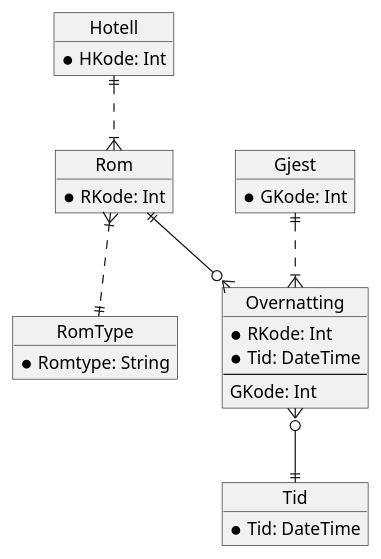
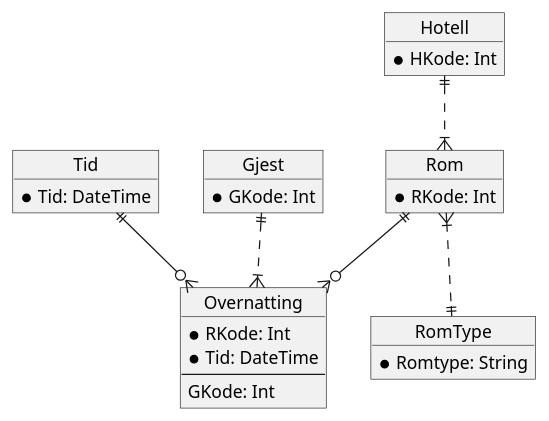
Before and after one commit to Vatnar/UIAOBSIDIAN: the second of 2 diagrams in 25V/IKT105 Datamodellering og Databaser/Jan/01.29 Datamodellering.md, drawn with PlantUML. The commit also changed other lines of this file, not shown here.

````diff
--- a/25V/IKT105 Datamodellering og Databaser/Jan/01.29 Datamodellering.md
+++ b/25V/IKT105 Datamodellering og Databaser/Jan/01.29 Datamodellering.md
@@ -35,33 +35,33 @@
 ```plantuml
 @startuml
 object Tid{
 *Tid: DateTime
 }
 object Hotell{
 *HKode: Int
 }
 
 object Rom {
   *RKode: Int
 }
 object RomType{
 *Romtype: String
 }
 object Gjest{
 *GKode: Int
 }
 
 object Overnatting {
 *RKode: Int
 *Tid: DateTime
 --
 GKode: Int
 }
 
 Hotell ||..|{Rom
 Rom  ||--o{Overnatting
-Overnatting }o--|| Tid
+Tid ||--o{ Overnatting
 Gjest ||..|{Overnatting
 Rom }|..|| RomType
 @enduml
 ```
````
